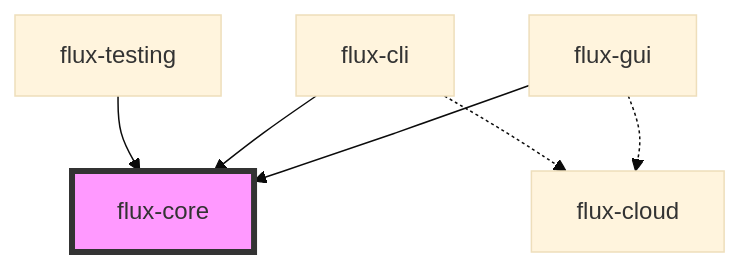
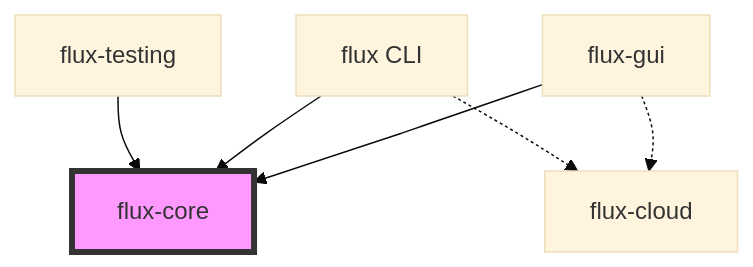
One commit to xiaokanchengyang/Flux changed the diagram in PROJECT_STRUCTURE.md. Above: the diagram before and after it, drawn with Mermaid (base theme). The commit also changed other lines of this file and 103 other files, not shown here.

````diff
--- a/PROJECT_STRUCTURE.md
+++ b/PROJECT_STRUCTURE.md
@@ -66,16 +71,16 @@
 ```mermaid
 graph TD
     flux-core[flux-core]
     flux-cloud[flux-cloud]
     flux-testing[flux-testing]
-    flux-cli[flux-cli]
+    flux[flux CLI]
     flux-gui[flux-gui]
     
     flux-testing --> flux-core
-    flux-cli --> flux-core
-    flux-cli -.-> flux-cloud
+    flux --> flux-core
+    flux -.-> flux-cloud
     flux-gui --> flux-core
     flux-gui -.-> flux-cloud
     
     style flux-core fill:#f9f,stroke:#333,stroke-width:4px
 ```
````
